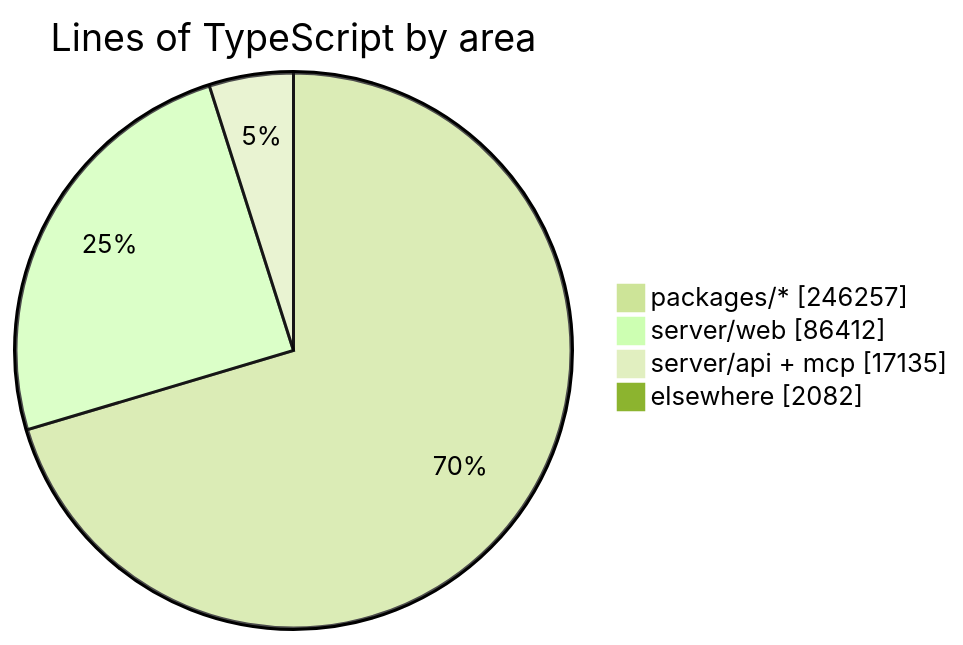
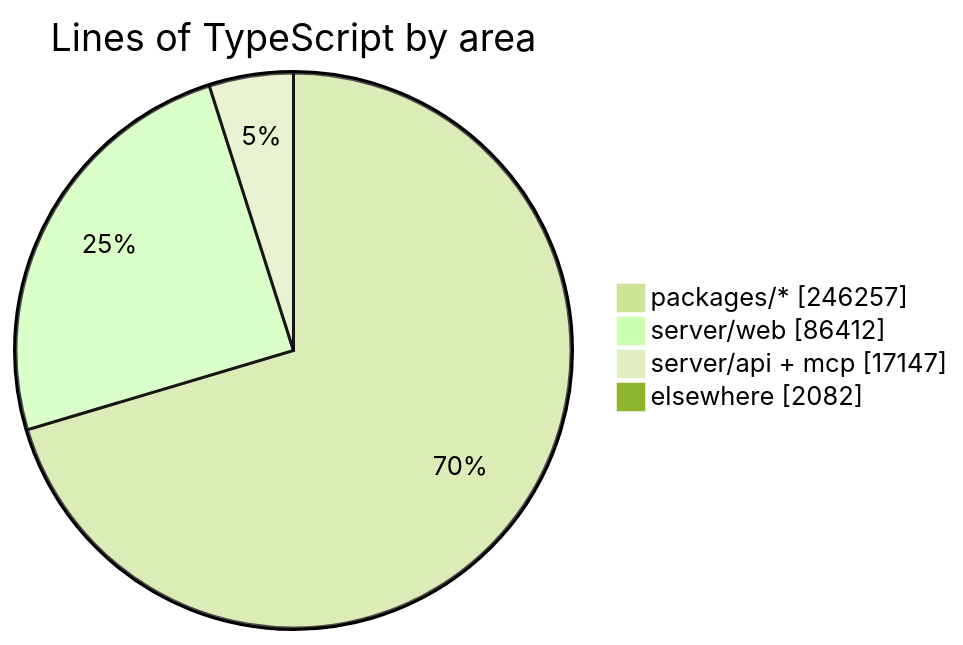
Before and after one commit to crossworks-engineering/mantle: the diagram in README.md, drawn with Mermaid (forest theme). The commit also changed other lines of this file and 2 other files, not shown here.

````diff
--- a/README.md
+++ b/README.md
@@ -287,7 +287,7 @@
 ```mermaid
 pie showData title Lines of TypeScript by area
     "packages/*" : 246257
     "server/web" : 86412
-    "server/api + mcp" : 17135
+    "server/api + mcp" : 17147
     "elsewhere" : 2082
 ```
````
